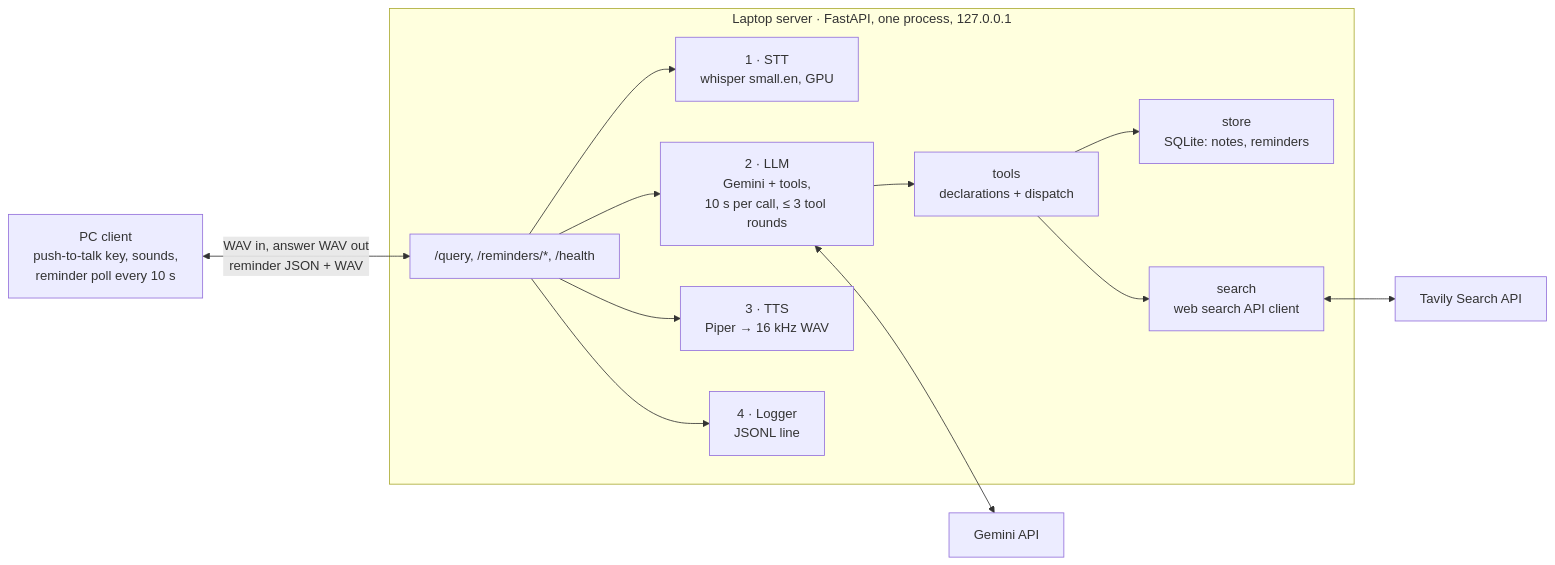
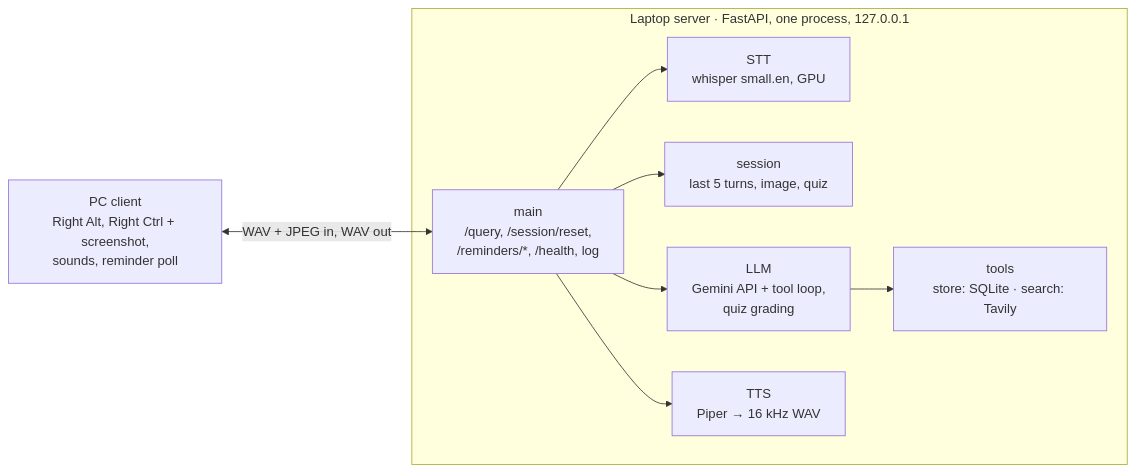
One commit to Bhavik-03/AI_glass_v1 changed the diagram in docs/design.md. Above: the diagram before and after it, drawn with Mermaid. The commit also changed other lines of this file, not shown here.

````diff
--- a/docs/design.md
+++ b/docs/design.md
@@ -13,16 +17,13 @@
 ```mermaid
 flowchart LR
-    C["PC client<br/>push-to-talk key, sounds,<br/>reminder poll every 10 s"] <-->|"WAV in, answer WAV out<br/>reminder JSON + WAV"| Q
+    C["PC client<br/>Right Alt, Right Ctrl + screenshot,<br/>sounds, reminder poll"]
+    C <-->|"WAV + JPEG in, WAV out"| M
     subgraph S["Laptop server · FastAPI, one process, 127.0.0.1"]
-        Q["/query, /reminders/*, /health"]
-        Q --> STT["1 · STT<br/>whisper small.en, GPU"]
-        Q --> LLM["2 · LLM<br/>Gemini + tools,<br/>10 s per call, ≤ 3 tool rounds"]
-        LLM --> TOOLS["tools<br/>declarations + dispatch"]
-        TOOLS --> DB["store<br/>SQLite: notes, reminders"]
-        TOOLS --> SEARCH["search<br/>web search API client"]
-        Q --> TTS["3 · TTS<br/>Piper → 16 kHz WAV"]
-        Q --> LOG["4 · Logger<br/>JSONL line"]
+        M["main<br/>/query, /session/reset,<br/>/reminders/*, /health, log"]
+        M --> STT["STT<br/>whisper small.en, GPU"]
+        M --> SES["session<br/>last 5 turns, image, quiz"]
+        M --> LLM["LLM<br/>Gemini API + tool loop,<br/>quiz grading"]
+        LLM --> T["tools<br/>store: SQLite · search: Tavily"]
+        M --> TTS["TTS<br/>Piper → 16 kHz WAV"]
     end
-    LLM <--> G["Gemini API"]
-    SEARCH <--> W["Tavily Search API"]
 ```
````
